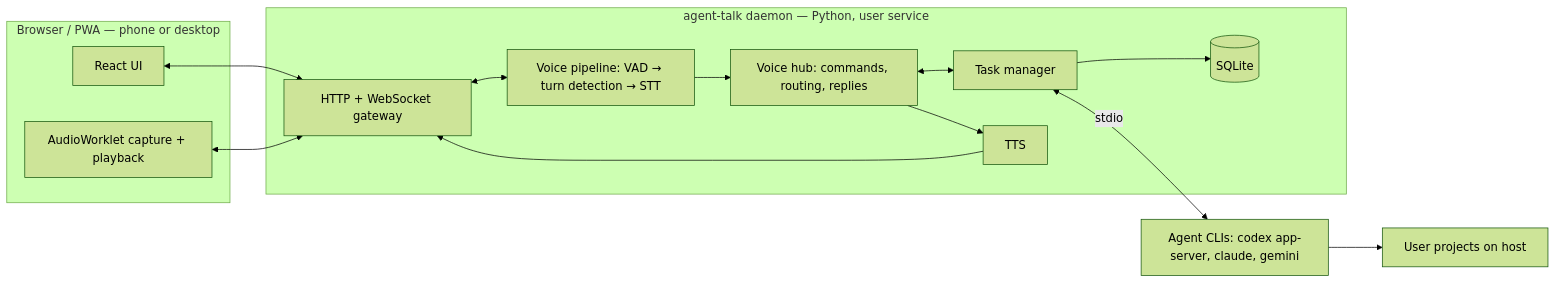
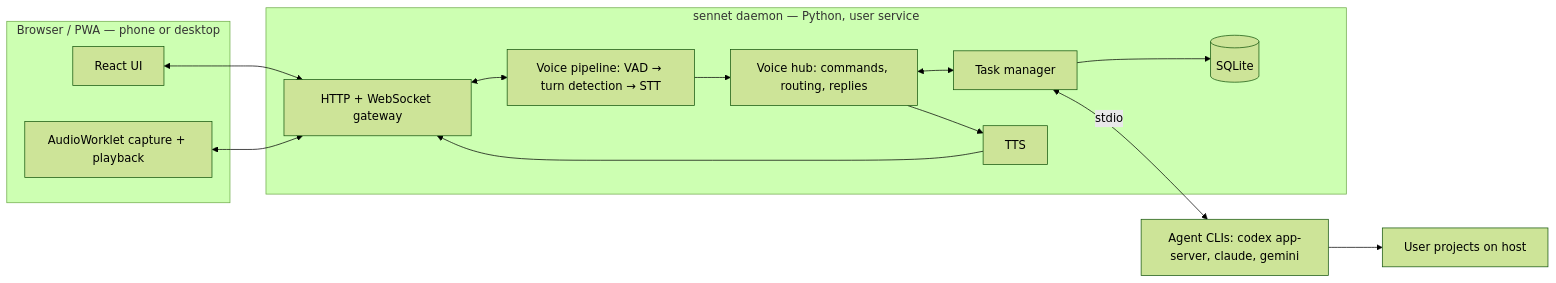
One commit to hey-sennet/sennet changed the diagram in docs/HLD.md. Above: the diagram before and after it, drawn with Mermaid (forest theme). The commit also changed other lines of this file and 112 other files, not shown here.

First line of the commit message:
Rename the project to Sennet, since agent-talk is taken on PyPI

````diff
--- a/docs/HLD.md
+++ b/docs/HLD.md
@@ -38,26 +38,26 @@
 ```mermaid
 flowchart LR
     subgraph Client[Browser / PWA — phone or desktop]
         UI[React UI]
         AW[AudioWorklet capture + playback]
     end
-    subgraph Daemon[agent-talk daemon — Python, user service]
+    subgraph Daemon[sennet daemon — Python, user service]
         WS[HTTP + WebSocket gateway]
         VOICE[Voice pipeline: VAD → turn detection → STT]
         HUB[Voice hub: commands, routing, replies]
         TASKS[Task manager]
         TTS[TTS]
         DB[(SQLite)]
         WS <--> VOICE
         VOICE --> HUB
         HUB <--> TASKS
         HUB --> TTS --> WS
         TASKS --> DB
     end
     AG[Agent CLIs: codex app-server, claude, gemini]
     FS[User projects on host]
     UI <--> WS
     AW <--> WS
     TASKS <-->|stdio| AG
     AG --> FS
 ```
````
